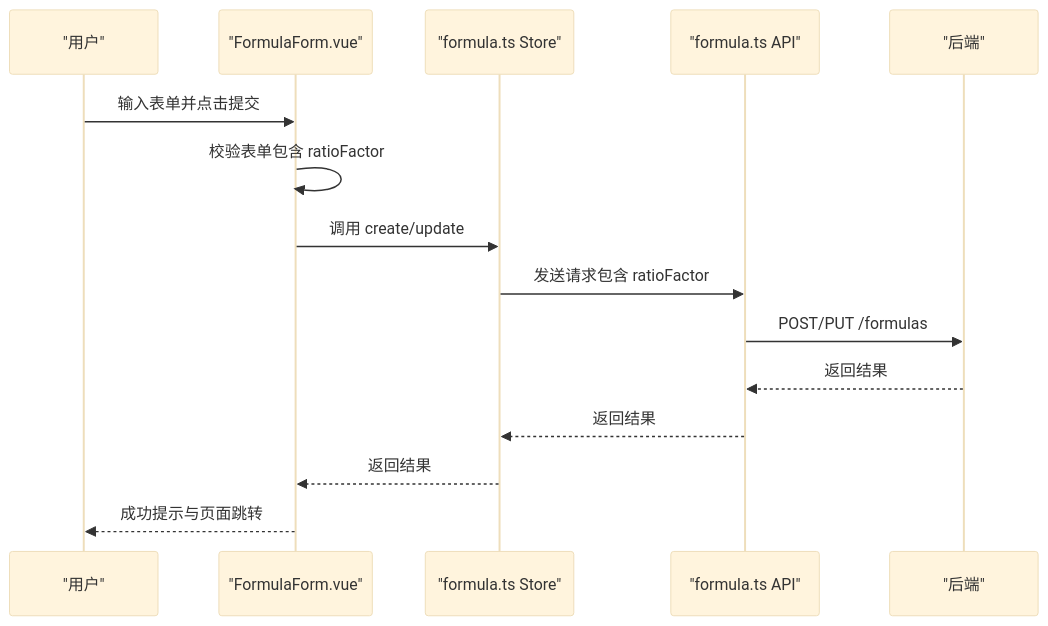
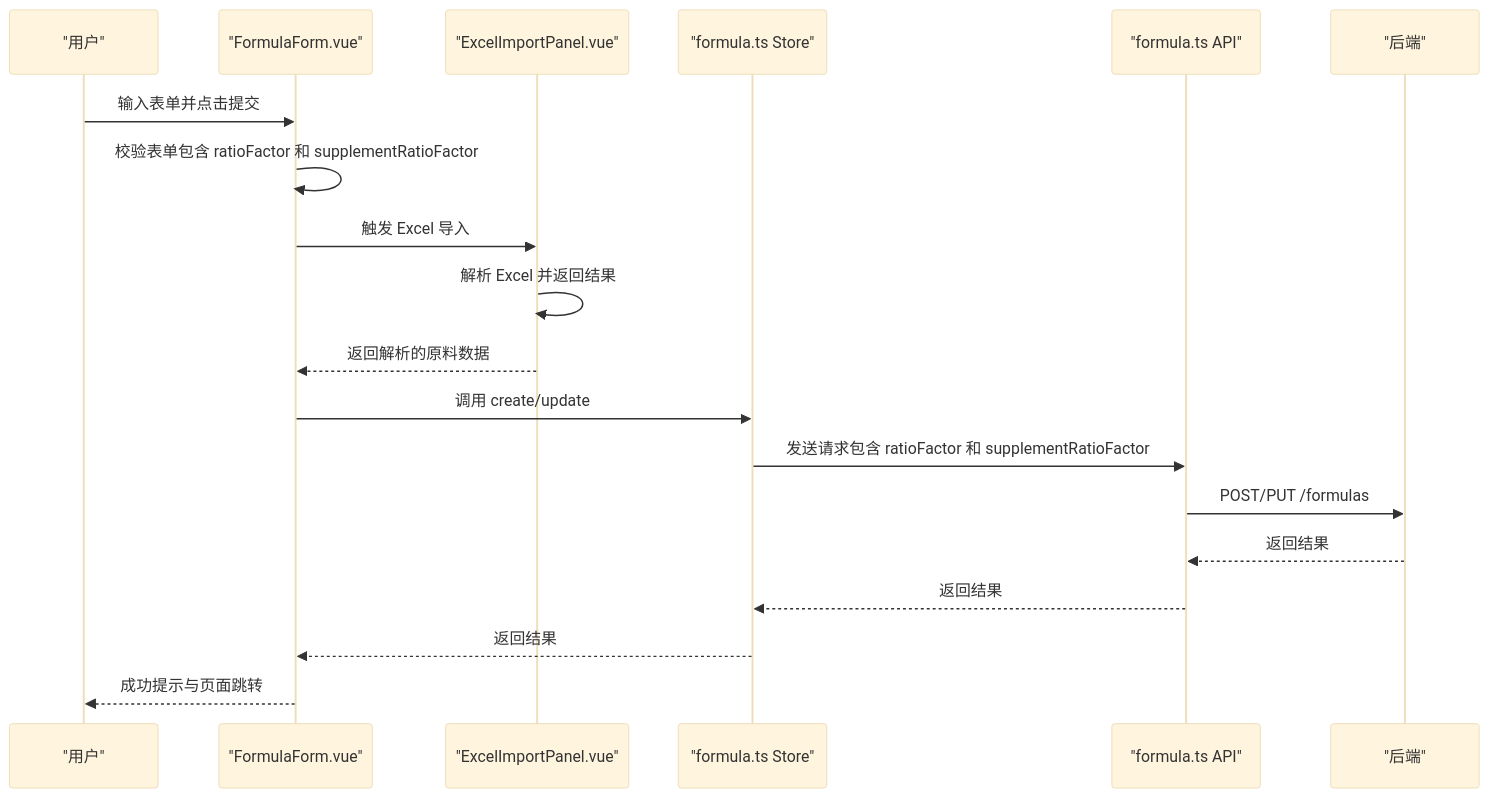
The eighth of 10 diagrams in .qoder/repowiki/zh/content/核心功能模块/配方管理系统/配方管理系统.md (xpretycn/TingStudio), drawn with Mermaid (base theme) before and after one commit. The commit also changed other lines of this file and 56 other files, not shown here.

````diff
--- a/.qoder/repowiki/zh/content/核心功能模块/配方管理系统/配方管理系统.md
+++ b/.qoder/repowiki/zh/content/核心功能模块/配方管理系统/配方管理系统.md
@@ -398,17 +508,21 @@
 ```mermaid
 sequenceDiagram
 participant U as "用户"
 participant VF as "FormulaForm.vue"
+participant EP as "ExcelImportPanel.vue"
 participant VS as "formula.ts Store"
 participant API as "formula.ts API"
 participant BE as "后端"
 U->>VF : 输入表单并点击提交
-VF->>VF : 校验表单包含 ratioFactor
+VF->>VF : 校验表单包含 ratioFactor 和 supplementRatioFactor
+VF->>EP : 触发 Excel 导入
+EP->>EP : 解析 Excel 并返回结果
+EP-->>VF : 返回解析的原料数据
 VF->>VS : 调用 create/update
-VS->>API : 发送请求包含 ratioFactor
+VS->>API : 发送请求包含 ratioFactor 和 supplementRatioFactor
 API->>BE : POST/PUT /formulas
 BE-->>API : 返回结果
 API-->>VS : 返回结果
 VS-->>VF : 返回结果
 VF-->>U : 成功提示与页面跳转
 ```
````
